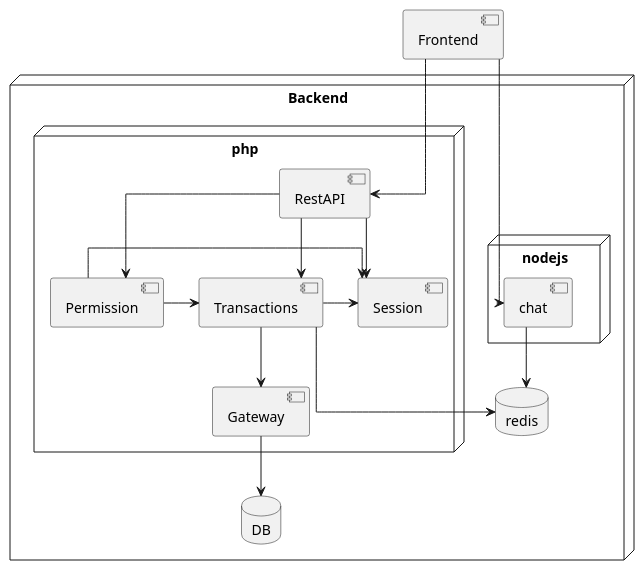
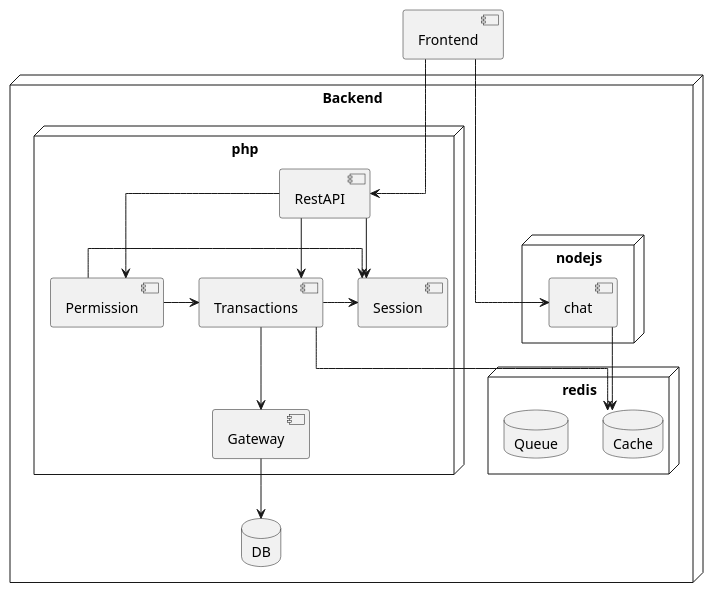
Before and after one commit to Morgy93/foodsharing: the diagram in docs/src/system-architecture-pattern.md, drawn with PlantUML. The commit also changed other lines of this file and 1 other file, not shown here.

Commit message:
Add first group mapping and work-in some review comments
- Rename redis to cache (redis support different usages)
- Update some change processes of user role switching
- Add new section for workflow

```diff
--- a/docs/src/system-architecture-pattern.md
+++ b/docs/src/system-architecture-pattern.md
@@ -24,39 +24,42 @@
 ~~~plantuml
 @startuml
 skinparam linetype ortho
 
 [Frontend]
 node [Backend] {
 node [php] {
 [RestAPI]
 [Permission]
 [Session]
 [Transactions]
 [Gateway]
 }
 database DB
-database redis
+node redis {
+    database Cache
+    database Queue
+}
 node [nodejs] {
 [chat]
 }
 }
 
 [Frontend] -d-> [RestAPI]
 [Frontend] -d-> [chat]
-[chat] -d-> [redis]
-[Transactions] -d-> [redis]
+[chat] -d-> [Cache]
+[Transactions] -d-> [Cache]
 
 [RestAPI] -> [Transactions]
 [Transactions] -d-> [Gateway]
 [Gateway] -d-> DB
 
 
 [RestAPI] --> [Permission]
 [RestAPI] --> [Session]
 
 [Permission] -> [Session]
 [Transactions] -> [Session]
 [Permission] -> [Transactions]
 
 @enduml
 ~~~
```
